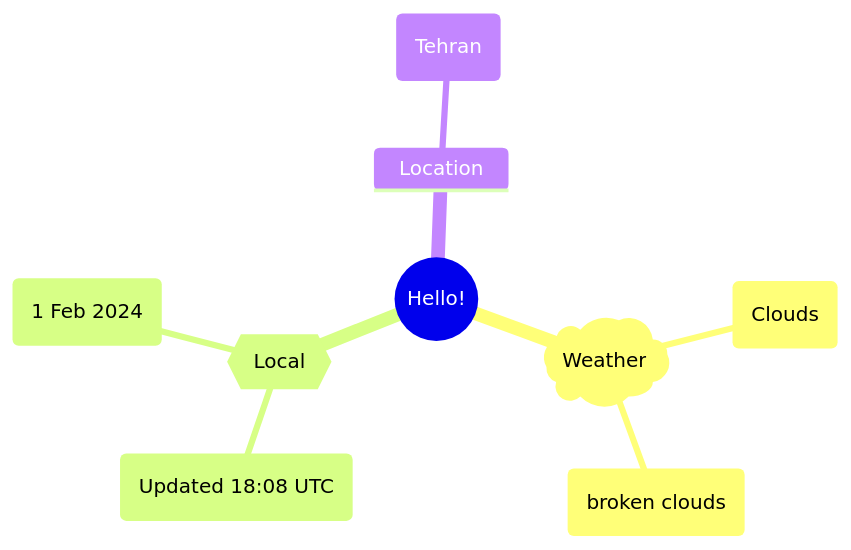
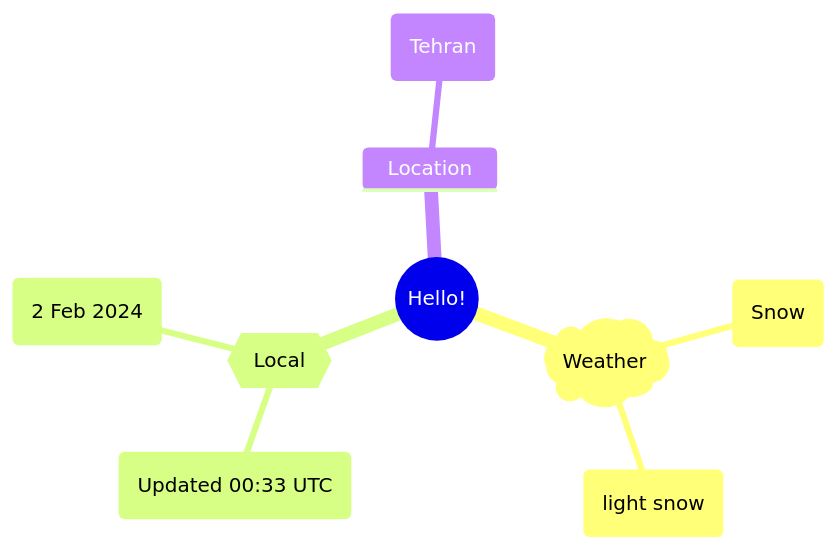
The first of 2 diagrams in README.md (Xosrov/Xosrov), drawn with Mermaid before and after one commit.

Commit message:
[bot] updated images

````diff
--- a/README.md
+++ b/README.md
@@ -3,12 +3,12 @@
 ```mermaid
 mindmap
   root((Hello!))
     )Weather(
-        (Clouds)
-        (broken clouds)
+        (Snow)
+        (light snow)
     {{Local}}
-        (Updated 18:08 UTC)
-        (1 Feb 2024)
+        (Updated 00:33 UTC)
+        (2 Feb 2024)
     Location
         (Tehran)
 ```
````
